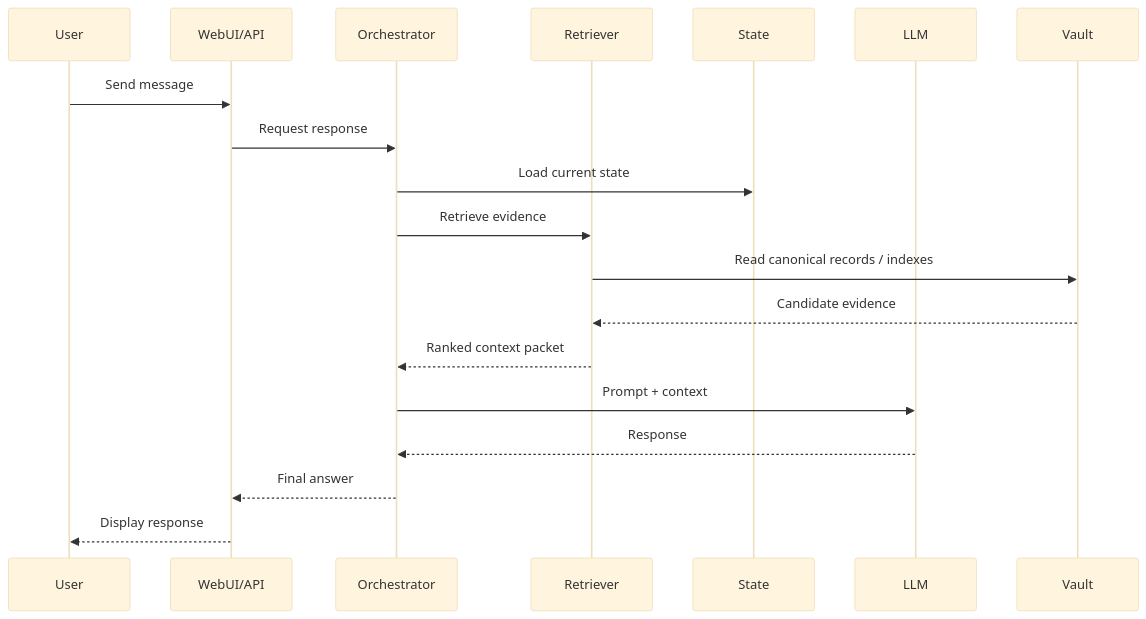
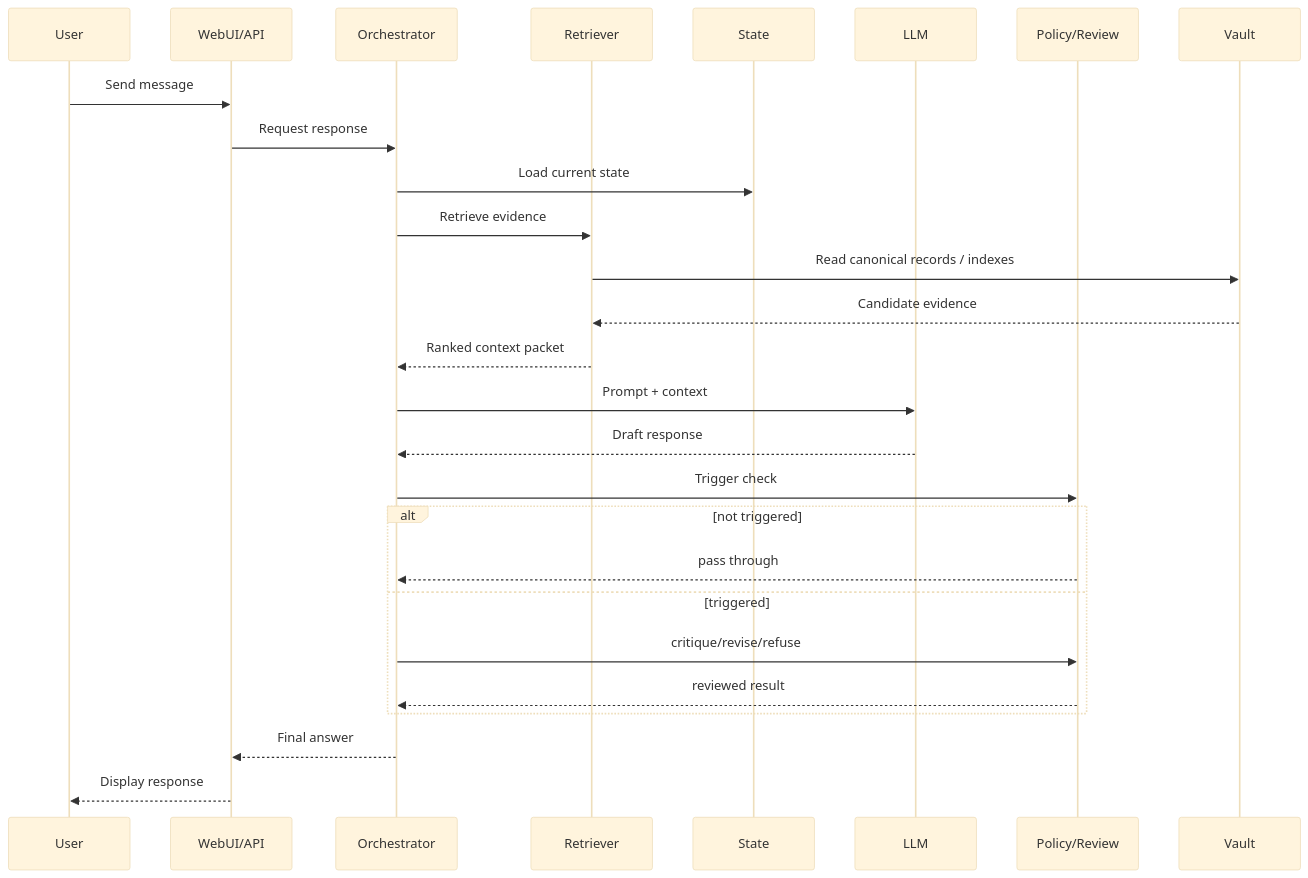
One commit to niansahc/ember-2 changed the eighth of 10 diagrams in docs/Ember2_TDD.md. Above: the diagram before and after it, drawn with Mermaid (base theme). The commit also changed other lines of this file and 3 other files, not shown here.

Commit message:
Add initial ADRs (safety, memory, architecture)

````diff
--- a/docs/Ember2_TDD.md
+++ b/docs/Ember2_TDD.md
@@ -1366,22 +1620,30 @@
 ```mermaid
 sequenceDiagram
     participant User
     participant UI as WebUI/API
     participant Orchestrator
     participant Retriever
     participant State
     participant LLM
+    participant Review as Policy/Review
     participant Vault
 
     User->>UI: Send message
     UI->>Orchestrator: Request response
     Orchestrator->>State: Load current state
     Orchestrator->>Retriever: Retrieve evidence
     Retriever->>Vault: Read canonical records / indexes
     Vault-->>Retriever: Candidate evidence
     Retriever-->>Orchestrator: Ranked context packet
     Orchestrator->>LLM: Prompt + context
-    LLM-->>Orchestrator: Response
+    LLM-->>Orchestrator: Draft response
+    Orchestrator->>Review: Trigger check
+    alt not triggered
+        Review-->>Orchestrator: pass through
+    else triggered
+        Orchestrator->>Review: critique/revise/refuse
+        Review-->>Orchestrator: reviewed result
+    end
     Orchestrator-->>UI: Final answer
     UI-->>User: Display response
 ```
````
